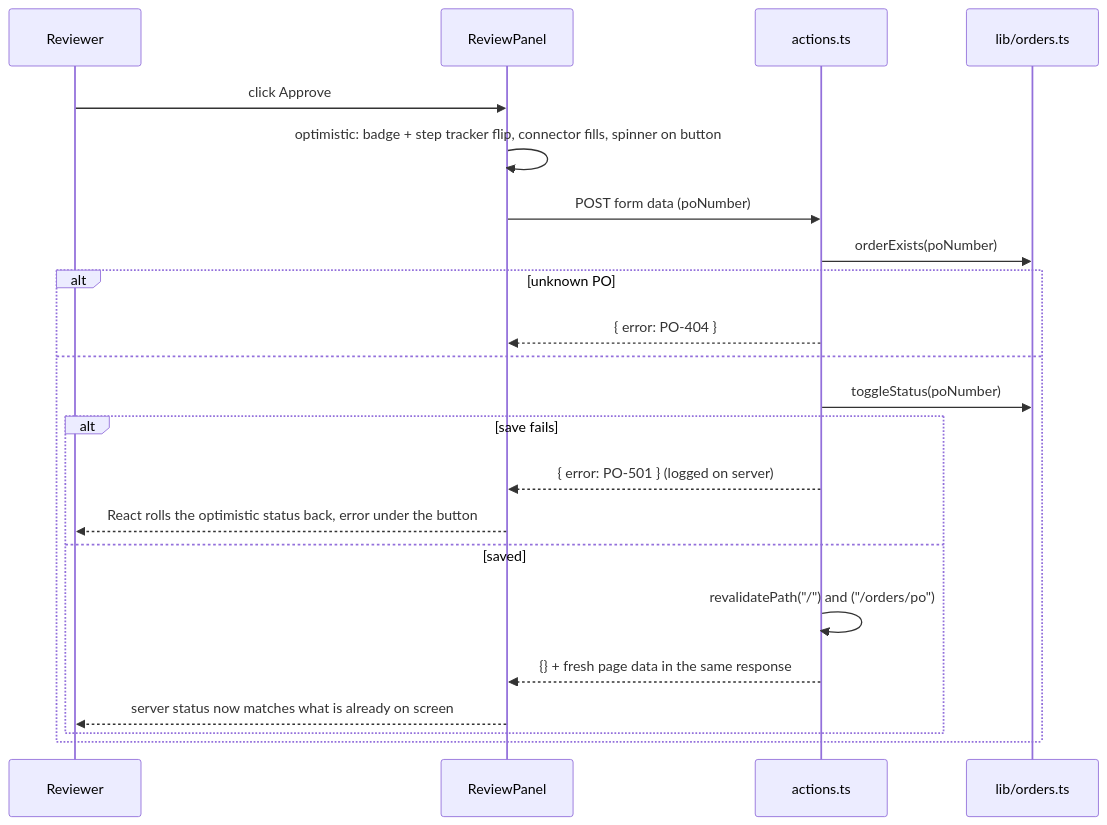
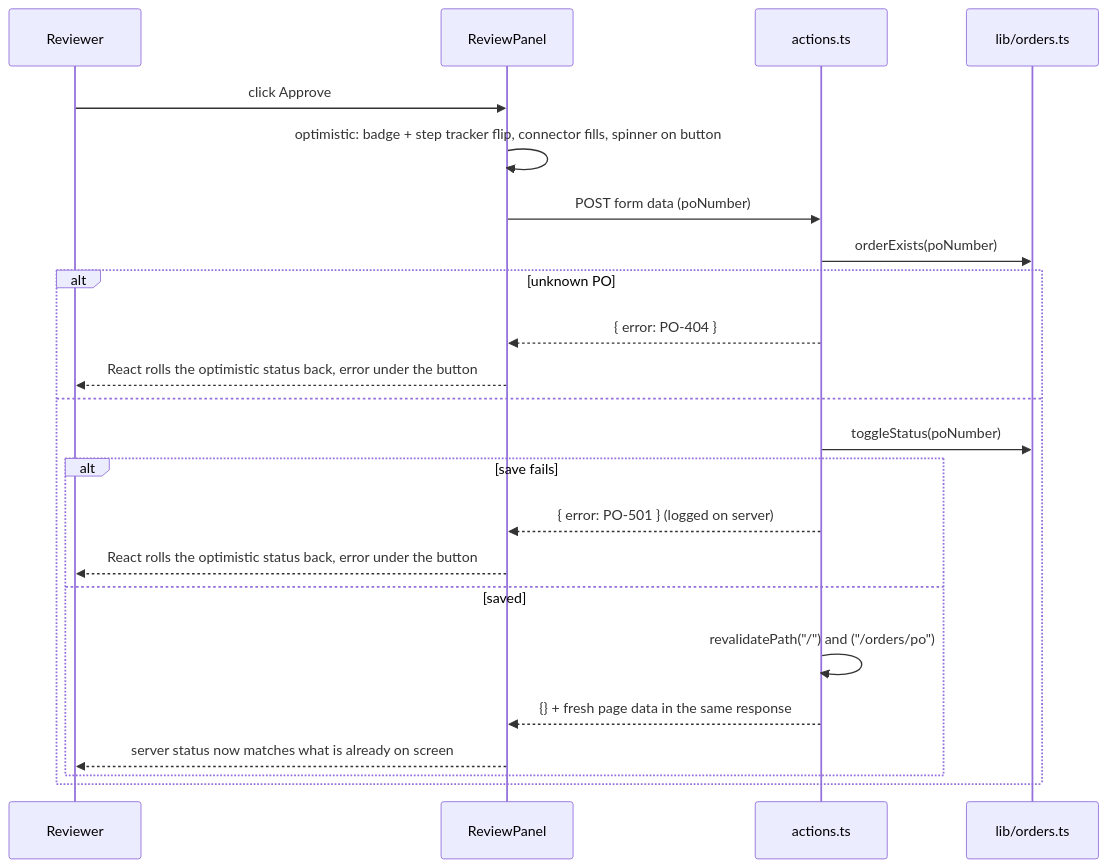
The fifth of 10 diagrams in docs/DESIGN.md (TRUPALIX9/bhf-take-home), drawn with Mermaid before and after one commit. The commit also changed 26 other files, not shown here.

````diff
--- a/docs/DESIGN.md
+++ b/docs/DESIGN.md
@@ -101,24 +101,25 @@
 ```mermaid
 sequenceDiagram
   participant U as Reviewer
   participant BTN as ReviewPanel
   participant A as actions.ts
   participant O as lib/orders.ts
   U->>BTN: click Approve
   BTN->>BTN: optimistic: badge + step tracker flip, connector fills, spinner on button
   BTN->>A: POST form data (poNumber)
   A->>O: orderExists(poNumber)
   alt unknown PO
     A-->>BTN: { error: PO-404 }
+    BTN-->>U: React rolls the optimistic status back, error under the button
   else
     A->>O: toggleStatus(poNumber)
     alt save fails
       A-->>BTN: { error: PO-501 } (logged on server)
       BTN-->>U: React rolls the optimistic status back, error under the button
     else saved
       A->>A: revalidatePath("/") and ("/orders/po")
       A-->>BTN: {} + fresh page data in the same response
       BTN-->>U: server status now matches what is already on screen
     end
   end
 ```
````
